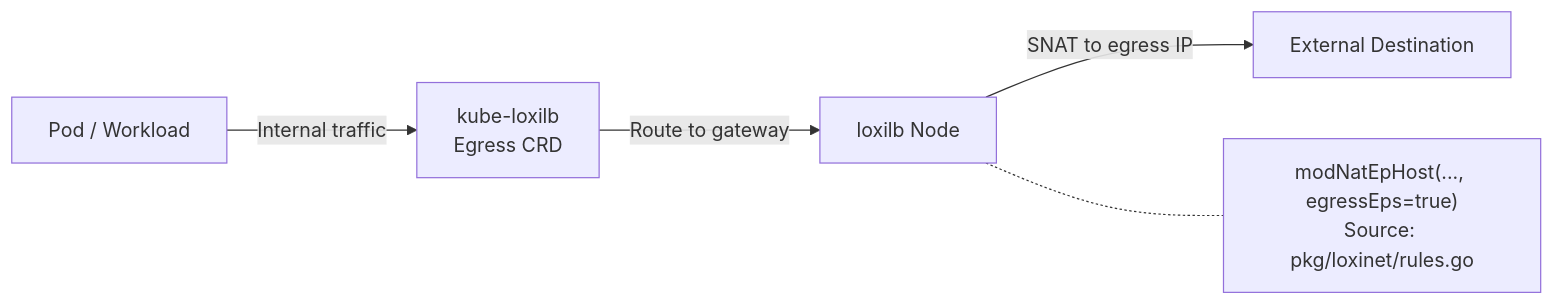
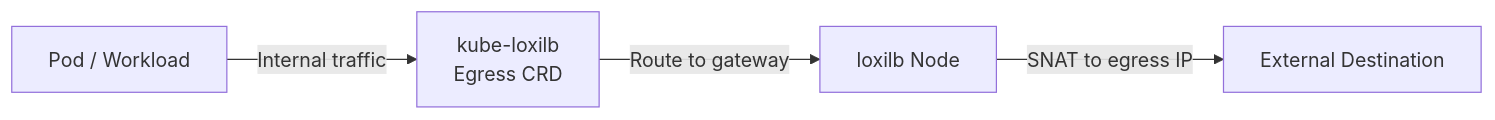
One commit to NLX-SeokHwanKong/loxilbdocs changed the diagram in docs/network-gateway/egress-lb.md. Above: the diagram before and after it, drawn with Mermaid. The commit also changed other lines of this file and 2 other files, not shown here.

First line of the commit message:
docs(08-01): rewrite egress-lb, dsr, nat64 to REST API-first format

````diff
--- a/docs/network-gateway/egress-lb.md
+++ b/docs/network-gateway/egress-lb.md
@@ -15,8 +15,6 @@
 ```mermaid
 flowchart LR
     A[Pod / Workload] -->|Internal traffic| B[kube-loxilb\nEgress CRD]
     B -->|Route to gateway| C[loxilb Node]
     C -->|SNAT to egress IP| D[External Destination]
-
-    C -.- C1["modNatEpHost(..., egressEps=true)\nSource: pkg/loxinet/rules.go"]
 ```
````
